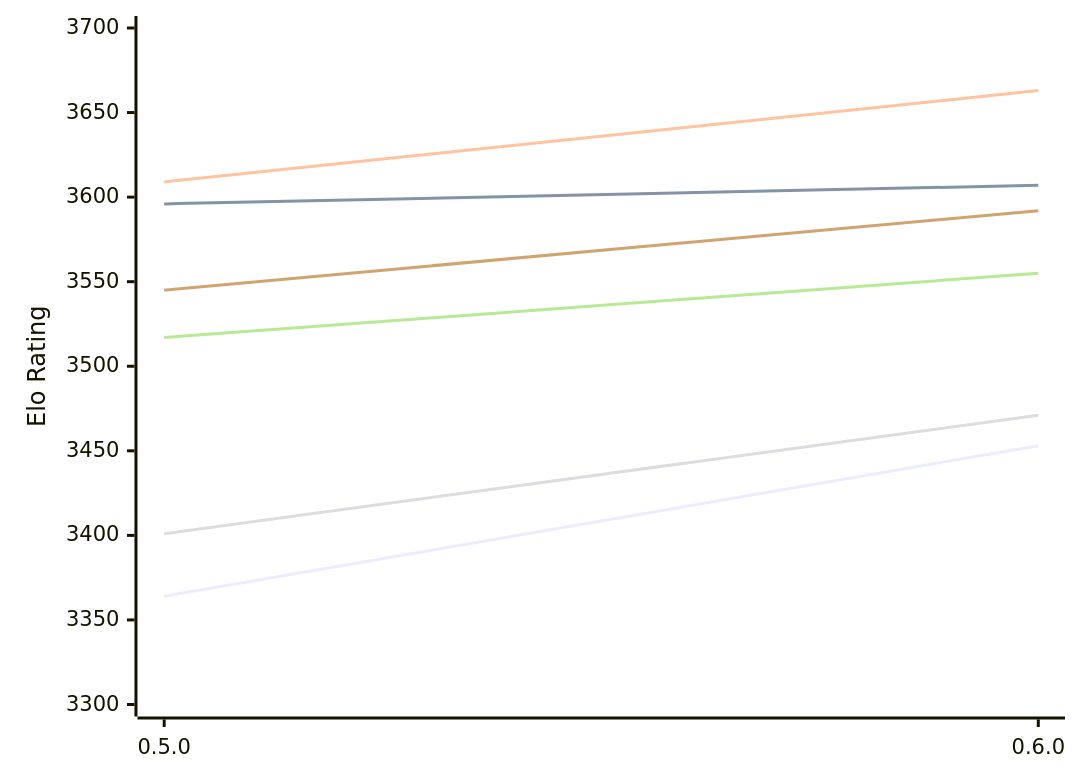
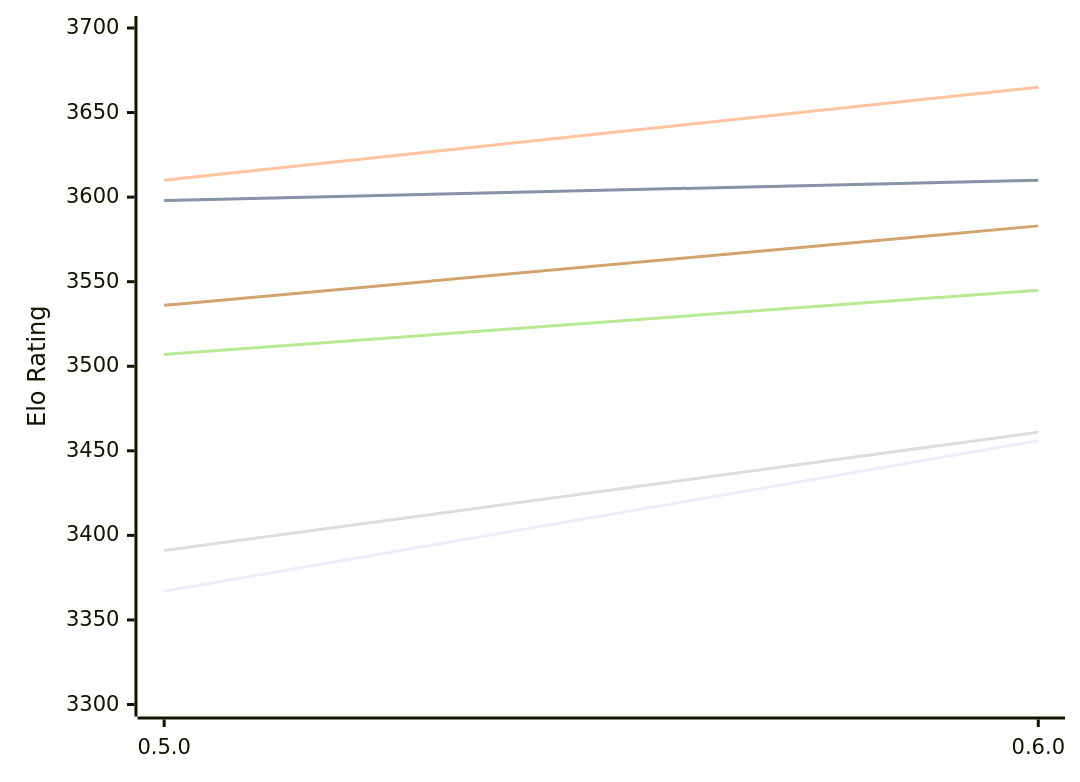
The diagram in engines/Incipit.md (computer-chess-index/cci), drawn with Mermaid before and after one commit. The commit also changed other lines of this file, not shown here.

Commit message:
Update CCI Ratings (ELO VLTC) - 2026-11-15

````diff
--- a/engines/Incipit.md
+++ b/engines/Incipit.md
@@ -49,12 +49,12 @@
 ```mermaid
 %%{init: {"theme":"base","themeVariables":{"seriesColors:['#a3a3a3','#222221','#faa371']}}}%%
 xychart-beta
   x-axis ["0.5.0", "0.6.0"]
   y-axis "Elo Rating" 3300 --> 3700
-  line "E1: STC (8.0+0.08s)" [3364, 3453]
-  line "E1: LTC (60.0+0.60s)" [3596, 3607]
-  line "E1: VLTC (2m24s+1.12s)" [3609, 3663]
-  line "P1: STC (8.0+0.08s)" [3401, 3471]
-  line "P1: LTC (60.0+0.60s)" [3517, 3555]
-  line "P1: VLTC (2m24s+1.12s)" [3545, 3592]
+  line "E1: STC (8.0+0.08s)" [3367, 3456]
+  line "E1: LTC (60.0+0.60s)" [3598, 3610]
+  line "E1: VLTC (2m24s+1.12s)" [3610, 3665]
+  line "P1: STC (8.0+0.08s)" [3391, 3461]
+  line "P1: LTC (60.0+0.60s)" [3507, 3545]
+  line "P1: VLTC (2m24s+1.12s)" [3536, 3583]
 ```
````
